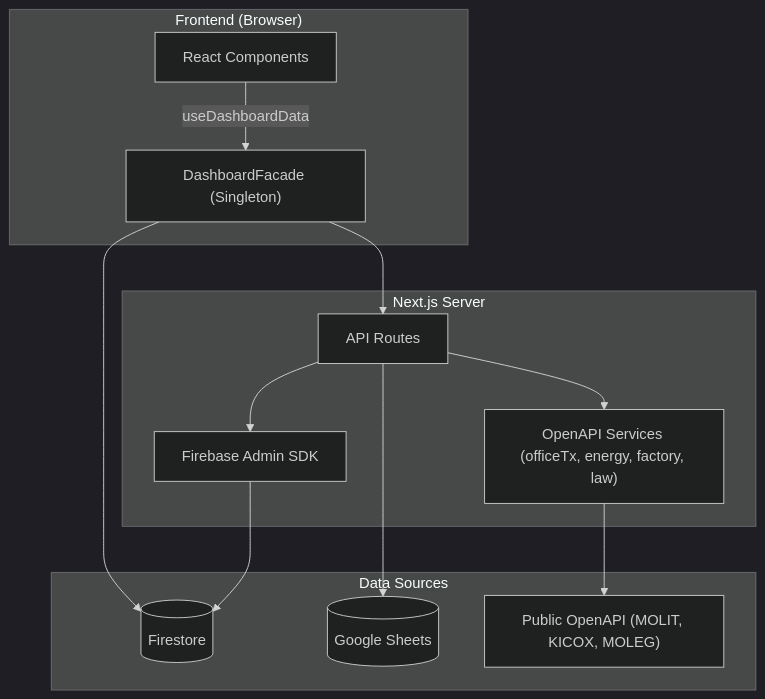
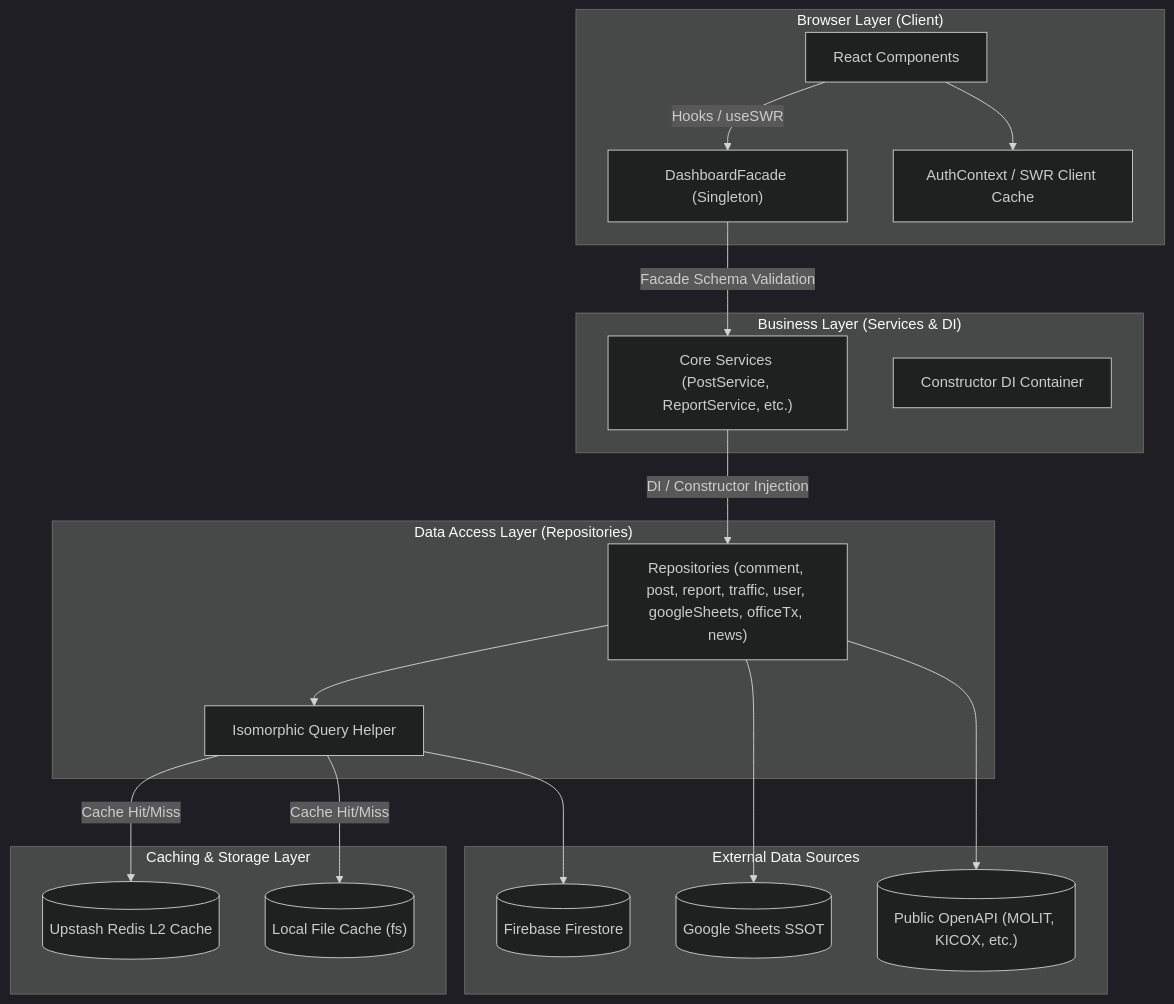
The diagram in PORTFOLIO DVIEW - Engineering Report.md (Portfolio-Architects/PORTFOLIO-DVIEW), drawn with Mermaid (dark theme) before and after one commit. The commit also changed other lines of this file and 3 other files, not shown here.

````diff
--- a/PORTFOLIO DVIEW - Engineering Report.md
+++ b/PORTFOLIO DVIEW - Engineering Report.md
@@ -48,25 +96,40 @@
 ```mermaid
 graph TB
-    subgraph Client["Frontend (Browser)"]
+    subgraph Client["Browser Layer (Client)"]
         UI["React Components"]
         Facade["DashboardFacade (Singleton)"]
+        ClientAuth["AuthContext / SWR Client Cache"]
     end
-    subgraph API["Next.js Server"]
-        Routes["API Routes"]
-        Admin["Firebase Admin SDK"]
-        Services["OpenAPI Services (officeTx, energy, factory, law)"]
+    
+    subgraph Business["Business Layer (Services & DI)"]
+        Services["Core Services (PostService, ReportService, etc.)"]
+        DI["Constructor DI Container"]
     end
-    subgraph Data["Data Sources"]
-        Firestore[("Firestore")]
-        GSheet[("Google Sheets")]
-        PublicAPI["Public OpenAPI (MOLIT, KICOX, MOLEG)"]
+
+    subgraph Repos["Data Access Layer (Repositories)"]
+        ReposClass["Repositories (comment, post, report, traffic, user, googleSheets, officeTx, news)"]
+        Isomorphic["Isomorphic Query Helper"]
     end
-    UI -->|useDashboardData| Facade
-    Facade --> Firestore
-    Facade --> Routes
-    Routes --> GSheet
-    Routes --> Admin
-    Routes --> Services
-    Services --> PublicAPI
-    Admin --> Firestore
+
+    subgraph Cache["Caching & Storage Layer"]
+        Redis[("Upstash Redis L2 Cache")]
+        LocalFs[("Local File Cache (fs)")]
+    end
+
+    subgraph External["External Data Sources"]
+        Firestore[("Firebase Firestore")]
+        GSheets[("Google Sheets SSOT")]
+        PublicAPI[("Public OpenAPI (MOLIT, KICOX, etc.)")]
+    end
+
+    UI -->|Hooks / useSWR| Facade
+    UI --> ClientAuth
+    Facade -->|Facade Schema Validation| Services
+    Services -->|DI / Constructor Injection| ReposClass
+    ReposClass --> Isomorphic
+    Isomorphic -->|Cache Hit/Miss| Redis
+    Isomorphic -->|Cache Hit/Miss| LocalFs
+    Isomorphic --> Firestore
+    ReposClass --> GSheets
+    ReposClass --> PublicAPI
 ```
````
